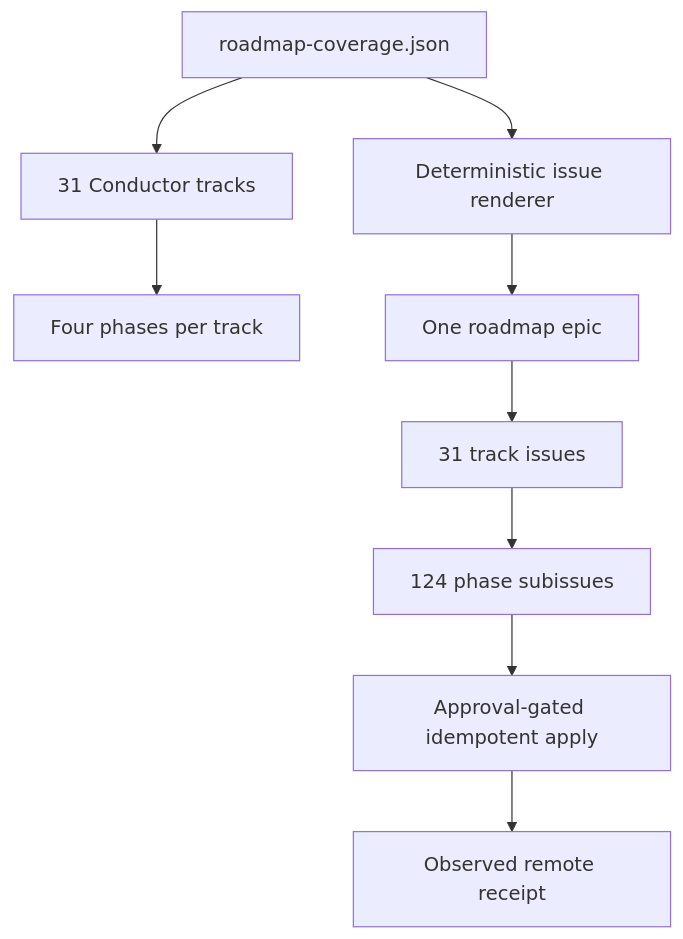
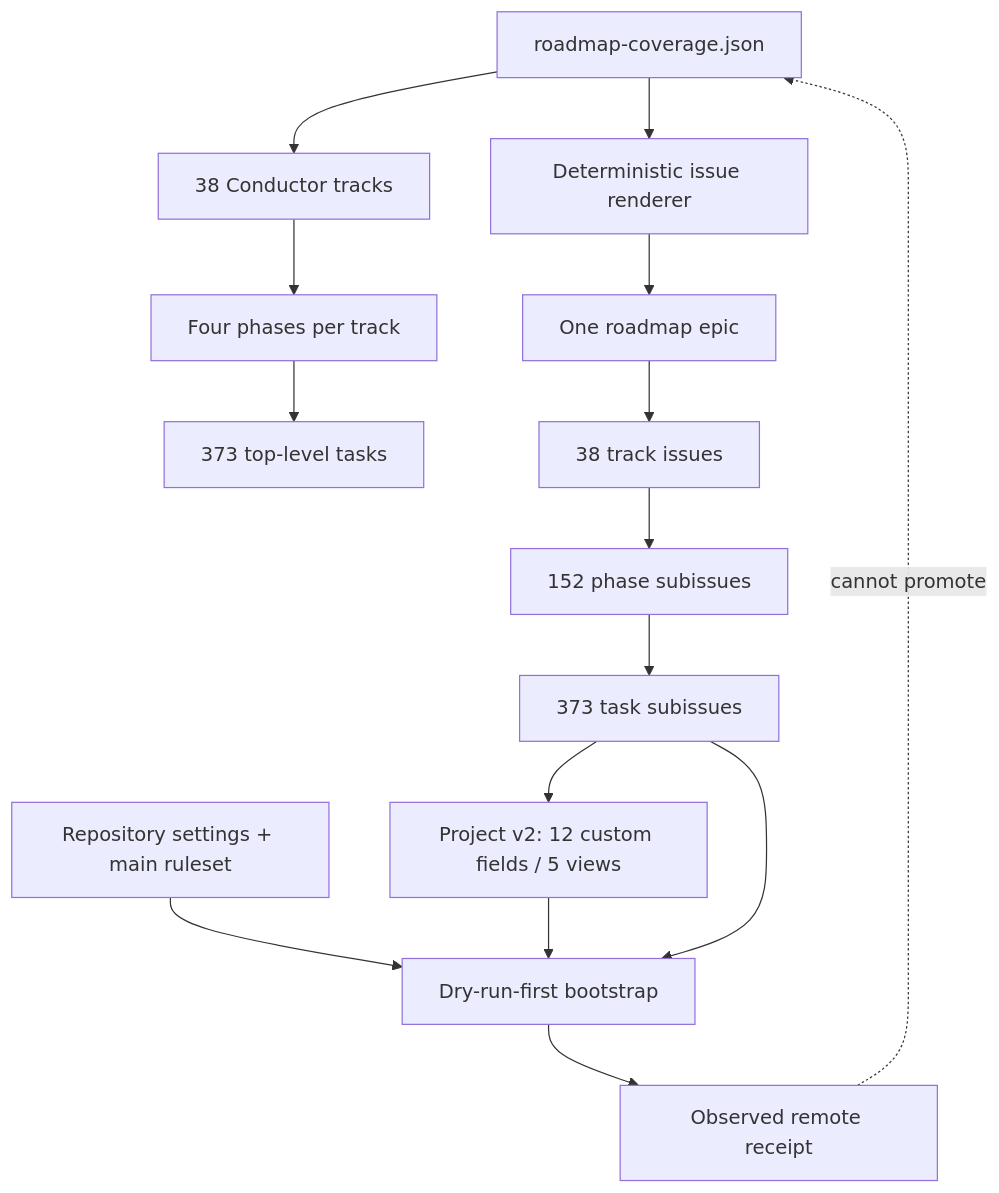
Before and after one commit to edithatogo/searchright: the seventh of 9 diagrams in conductor/design.md, drawn with Mermaid. The commit also changed other lines of this file and 762 other files, not shown here.

Commit message:
feat: complete maturity roadmap and GitHub control plane

````diff
--- a/conductor/design.md
+++ b/conductor/design.md
@@ -147,11 +147,17 @@
 ```mermaid
 flowchart TB
-  COV[roadmap-coverage.json] --> TRACKS[31 Conductor tracks]
+  COV[roadmap-coverage.json] --> TRACKS[38 Conductor tracks]
   TRACKS --> PLANS[Four phases per track]
+  PLANS --> TASKS[373 top-level tasks]
   COV --> RENDER[Deterministic issue renderer]
   RENDER --> EPIC[One roadmap epic]
-  EPIC --> ISSUES[31 track issues]
-  ISSUES --> SUB[124 phase subissues]
-  SUB --> APPLY[Approval-gated idempotent apply]
-  APPLY --> RECEIPT[Observed remote receipt]
+  EPIC --> ISSUES[38 track issues]
+  ISSUES --> PHASES[152 phase subissues]
+  PHASES --> TSUB[373 task subissues]
+  TSUB --> PROJECT[Project v2: 12 custom fields / 5 views]
+  SETTINGS[Repository settings + main ruleset] --> BOOT[Dry-run-first bootstrap]
+  PROJECT --> BOOT
+  TSUB --> BOOT
+  BOOT --> RECEIPT[Observed remote receipt]
+  RECEIPT -. cannot promote .-> COV
 ```
````
